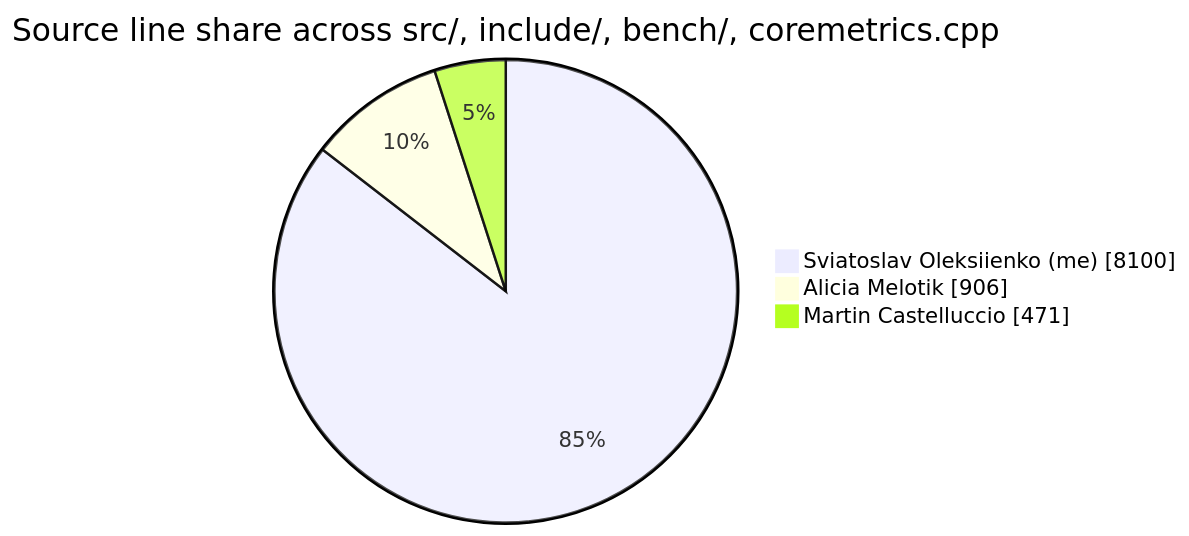
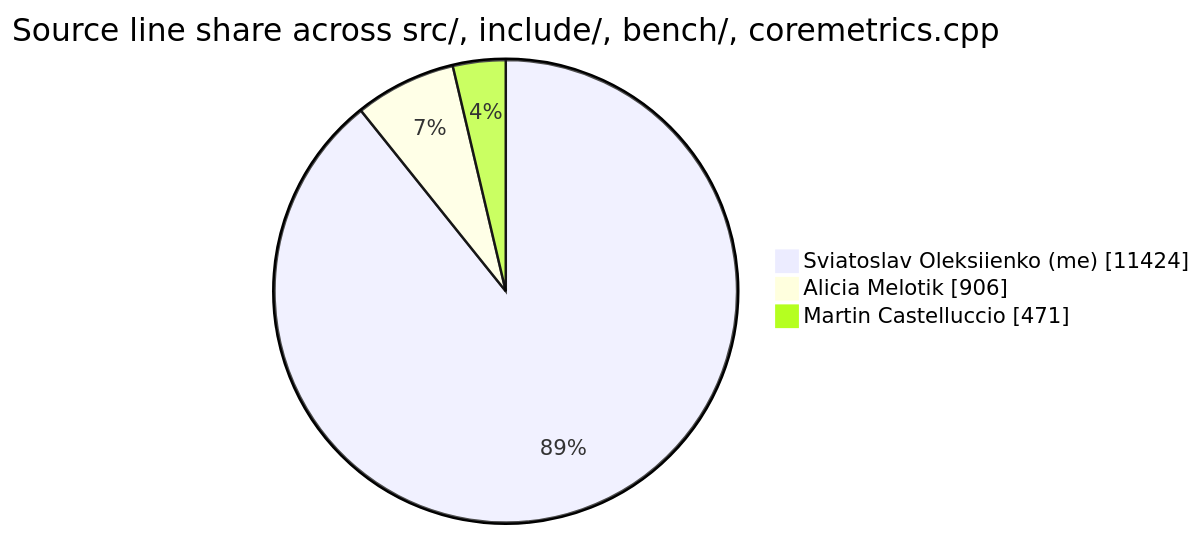
One commit to sviatil0/coremetrics changed the diagram in .github/badges/contributions.md. Above: the diagram before and after it, drawn with Mermaid. The commit also changed other lines of this file and 2 other files, not shown here.

````diff
--- a/.github/badges/contributions.md
+++ b/.github/badges/contributions.md
@@ -11,7 +11,7 @@
 ```mermaid
 pie showData
     title Source line share across src/, include/, bench/, coremetrics.cpp
-    "Sviatoslav Oleksiienko (me)" : 8100
+    "Sviatoslav Oleksiienko (me)" : 11424
     "Alicia Melotik" : 906
     "Martin Castelluccio" : 471
 ```
````
